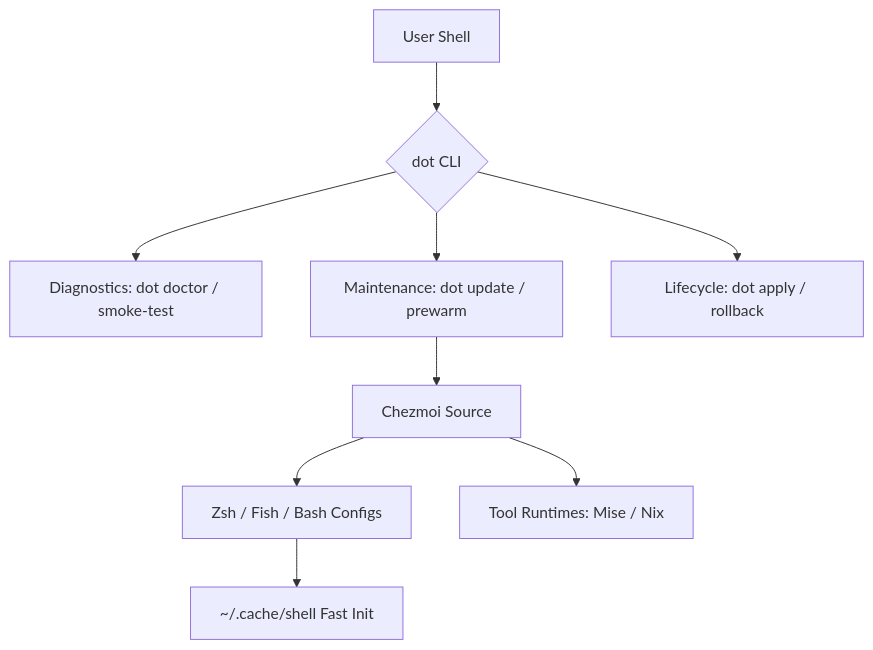
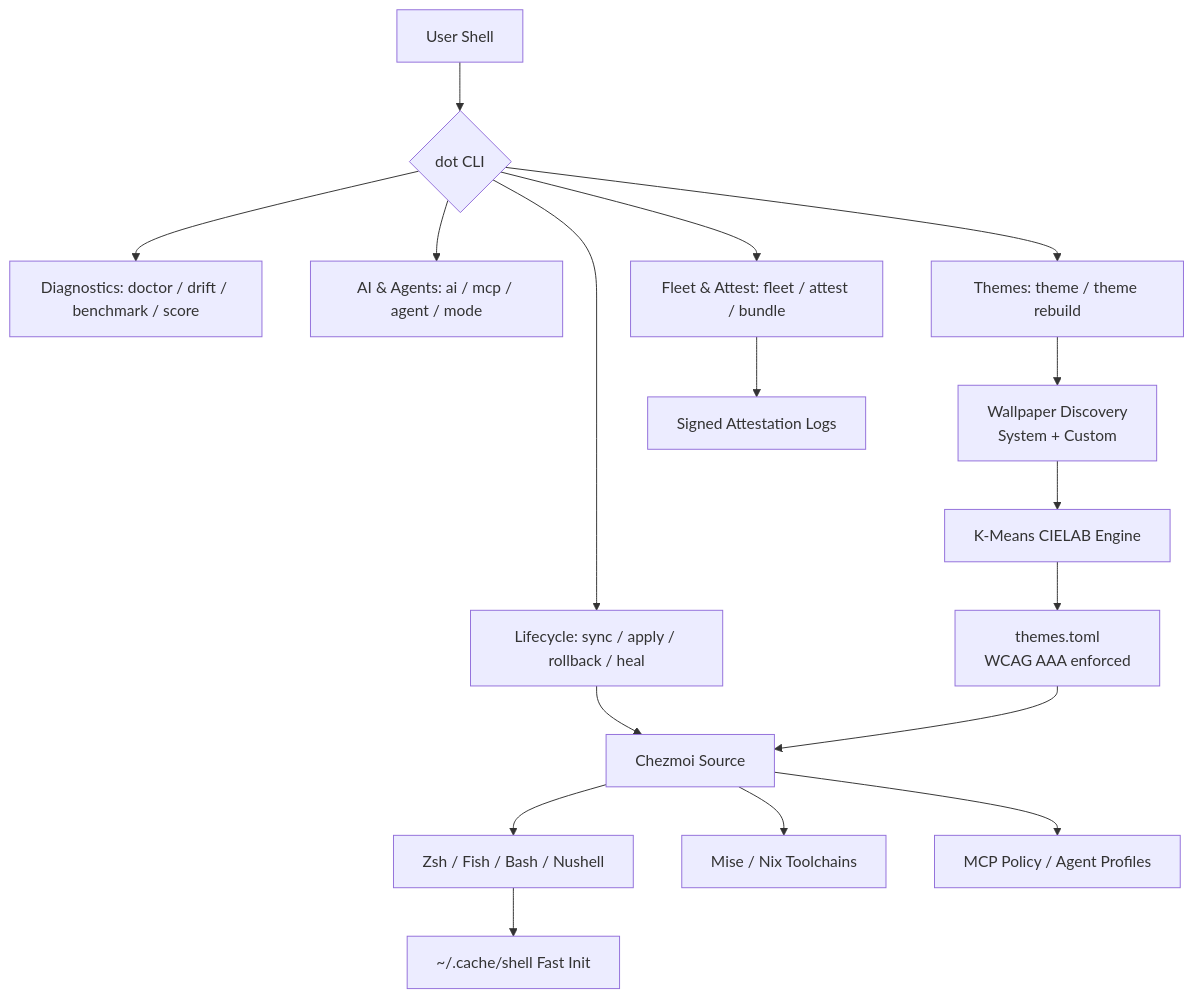
One commit to sebastienrousseau/dotfiles changed the diagram in README.md. Above: the diagram before and after it, drawn with Mermaid. The commit also changed other lines of this file and 145 other files, not shown here.

First line of the commit message:
v0.2.500 — Wallpaper-Driven Themes · Multi-Format Manual · CI Refactor (#832)

````diff
--- a/README.md
+++ b/README.md
@@ -75,11 +83,22 @@
 ```mermaid
 graph TD
     A[User Shell] --> B{dot CLI}
-    B --> C[Diagnostics: dot doctor / smoke-test]
-    B --> D[Maintenance: dot update / prewarm]
-    B --> E[Lifecycle: dot apply / rollback]
-    D --> F[Chezmoi Source]
-    F --> G[Zsh / Fish / Bash Configs]
-    F --> H[Tool Runtimes: Mise / Nix]
-    G --> I[~/.cache/shell Fast Init]
+    B --> C[Lifecycle: sync / apply / rollback / heal]
+    B --> D[Diagnostics: doctor / drift / benchmark / score]
+    B --> E[AI & Agents: ai / mcp / agent / mode]
+    B --> F[Themes: theme / theme rebuild]
+    B --> G[Fleet & Attest: fleet / attest / bundle]
+
+    C --> H[Chezmoi Source]
+    F --> I[Wallpaper Discovery<br/>System + Custom]
+    I --> J[K-Means CIELAB Engine]
+    J --> K[themes.toml<br/>WCAG AAA enforced]
+    K --> H
+
+    H --> L[Zsh / Fish / Bash / Nushell]
+    H --> M[Mise / Nix Toolchains]
+    H --> N[MCP Policy / Agent Profiles]
+    L --> O[~/.cache/shell Fast Init]
+
+    G --> P[Signed Attestation Logs]
 ```
````
